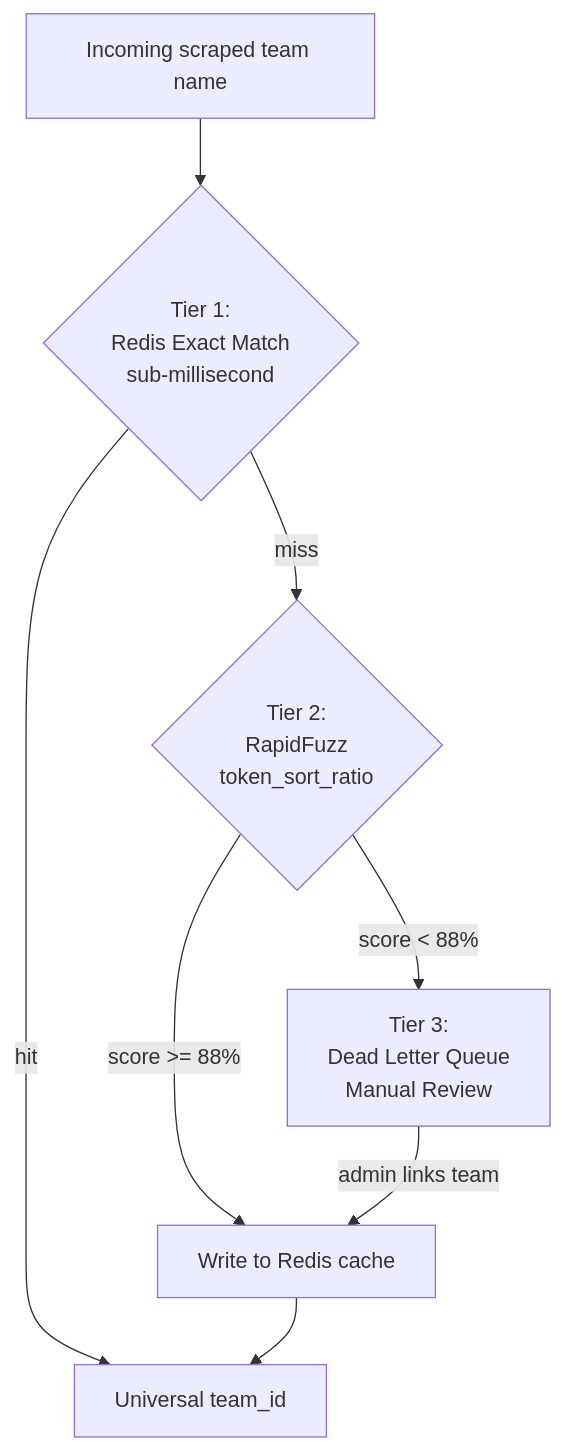
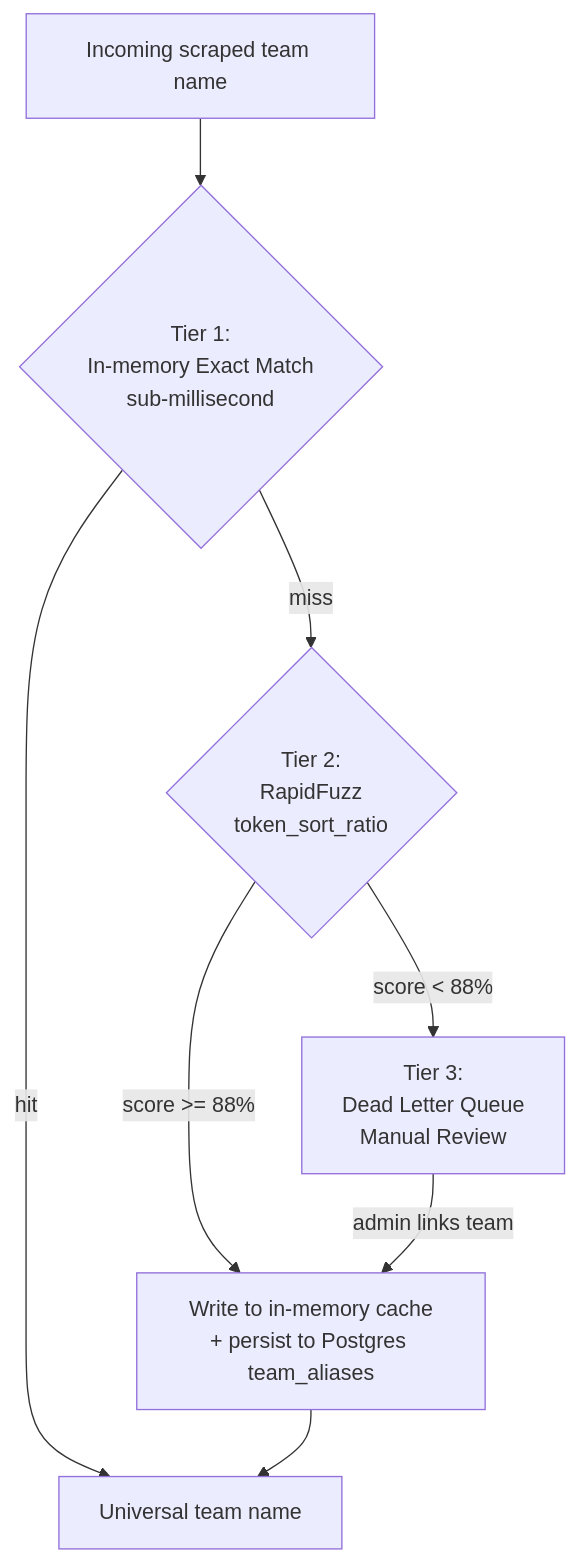
One commit to MadunaCapital/scanner-schemas changed the fourth of 5 diagrams in docs/architecture-diagrams.md. Above: the diagram before and after it, drawn with Mermaid. The commit also changed other lines of this file and 4 other files, not shown here.

Commit message:
Update docs to reflect reality: add as-built-architecture.md, correct diagrams (Azure not AWS, no evasion tooling used), point original plan/README at it

````diff
--- a/docs/architecture-diagrams.md
+++ b/docs/architecture-diagrams.md
@@ -134,9 +128,9 @@
 ```mermaid
 flowchart TD
-    IN["Incoming scraped team name"] --> T1{"Tier 1:<br/>Redis Exact Match<br/>sub-millisecond"}
-    T1 -->|hit| OUT["Universal team_id"]
+    IN["Incoming scraped team name"] --> T1{"Tier 1:<br/>In-memory Exact Match<br/>sub-millisecond"}
+    T1 -->|hit| OUT["Universal team name"]
     T1 -->|miss| T2{"Tier 2:<br/>RapidFuzz<br/>token_sort_ratio"}
-    T2 -->|score >= 88%| CACHE["Write to Redis cache"] --> OUT
+    T2 -->|score >= 88%| CACHE["Write to in-memory cache<br/>+ persist to Postgres team_aliases"] --> OUT
     T2 -->|score < 88%| T3["Tier 3:<br/>Dead Letter Queue<br/>Manual Review"]
     T3 -->|admin links team| CACHE
 ```
````
